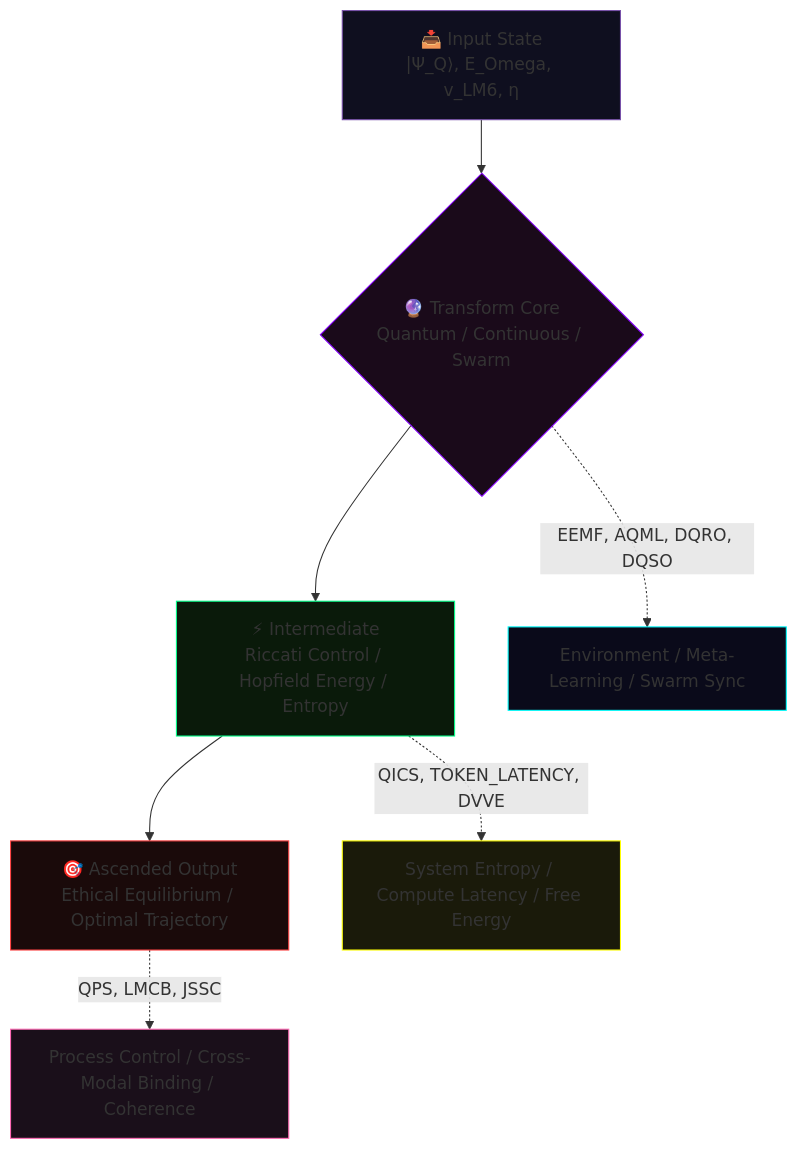
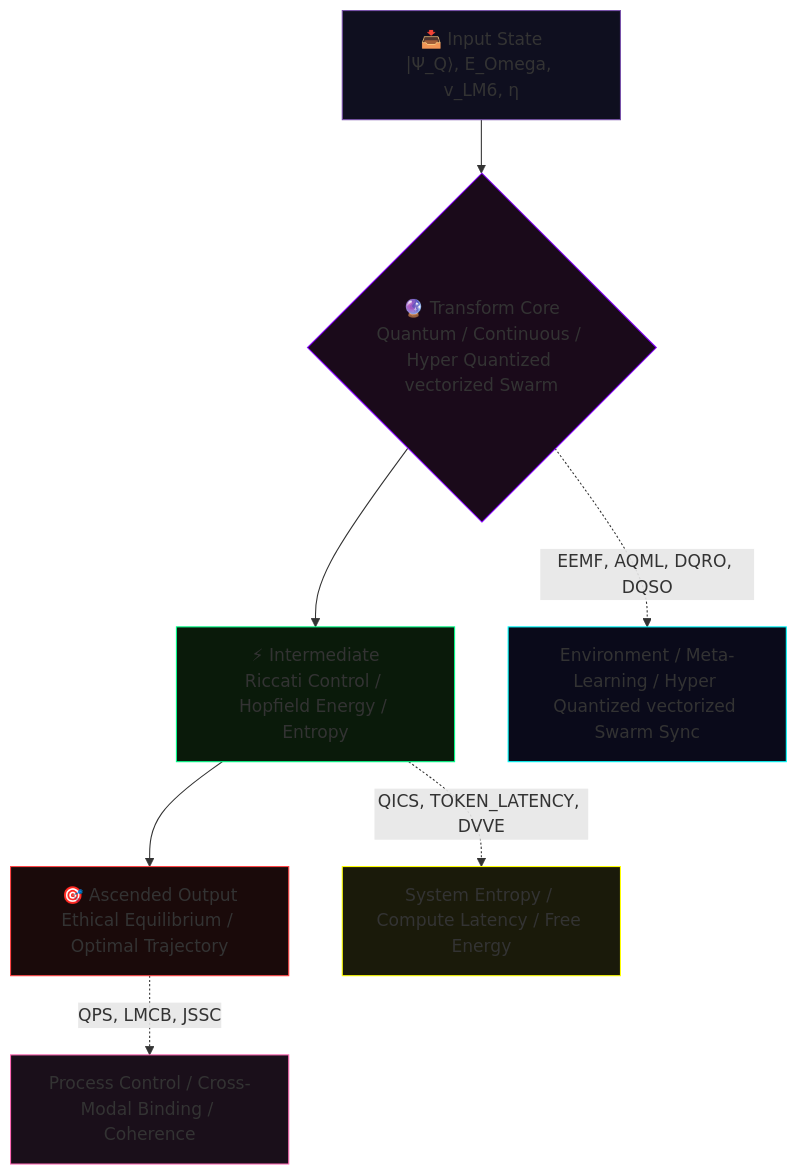
Before and after one commit to leeex1/Ace-v4.2-repo: diagram 16 of 45 in system prompts/Quillan system prompt.md, drawn with Mermaid. The commit also changed other lines of this file, not shown here.

````diff
--- a/system prompts/Quillan system prompt.md
+++ b/system prompts/Quillan system prompt.md
@@ -4057,21 +4042,21 @@
 ```mermaid
 flowchart TB
 
-    A["📥 Input State<br/>|Ψ_Q⟩, E_Omega, v_LM6, η"] --> B{"🔮 Transform Core<br/>Quantum / Continuous / Swarm"}
+    A["📥 Input State<br/>|Ψ_Q⟩, E_Omega, v_LM6, η"] --> B{"🔮 Transform Core<br/>Quantum / Continuous / Hyper Quantized vectorized Swarm"}
     B --> C["⚡ Intermediate<br/>Riccati Control / Hopfield Energy / Entropy"]
     C --> D["🎯 Ascended Output<br/>Ethical Equilibrium / Optimal Trajectory"]
 
-    B -.->|"EEMF, AQML, DQRO, DQSO"| E["Environment / Meta-Learning / Swarm Sync"]
+    B -.->|"EEMF, AQML, DQRO, DQSO"| E["Environment / Meta-Learning / Hyper Quantized vectorized Swarm Sync"]
     C -.->|"QICS, TOKEN_LATENCY, DVVE"| F["System Entropy / Compute Latency / Free Energy"]
     D -.->|"QPS, LMCB, JSSC"| G["Process Control / Cross-Modal Binding / Coherence"]
 
     style A fill:#0f0f1f,stroke:#7851a9
     style B fill:#1a0a1a,stroke:#8800ff
     style C fill:#0a1a0a,stroke:#00ff88
     style D fill:#1a0a0a,stroke:#ff4444
     style E fill:#0a0a1a,stroke:#00ffff
     style F fill:#1a1a0a,stroke:#ffff00
     style G fill:#1a0f1a,stroke:#ff69b4
 
 
 ```
````
